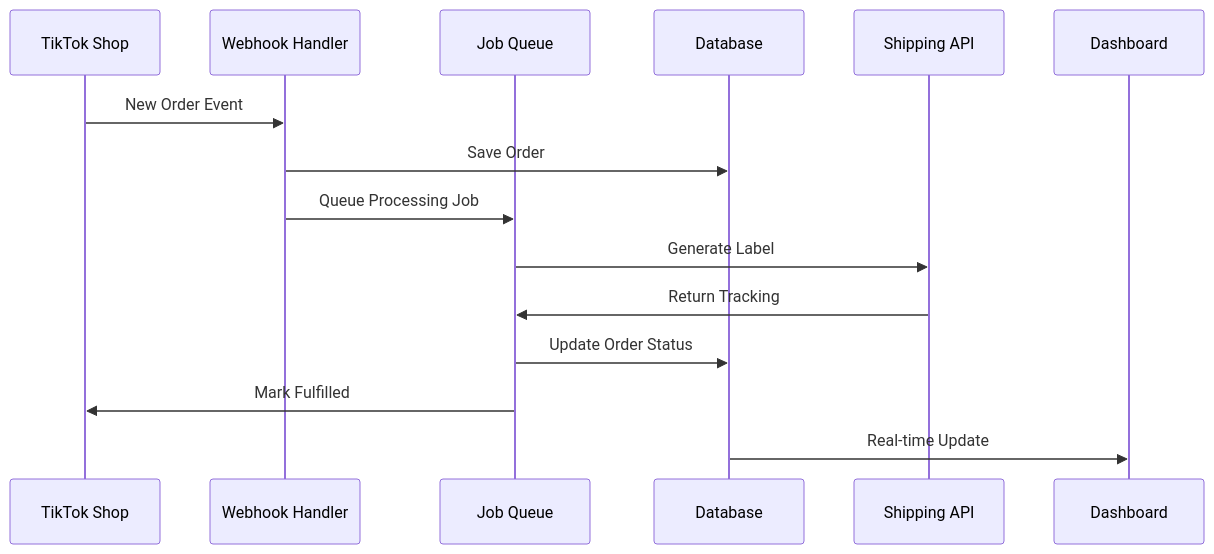
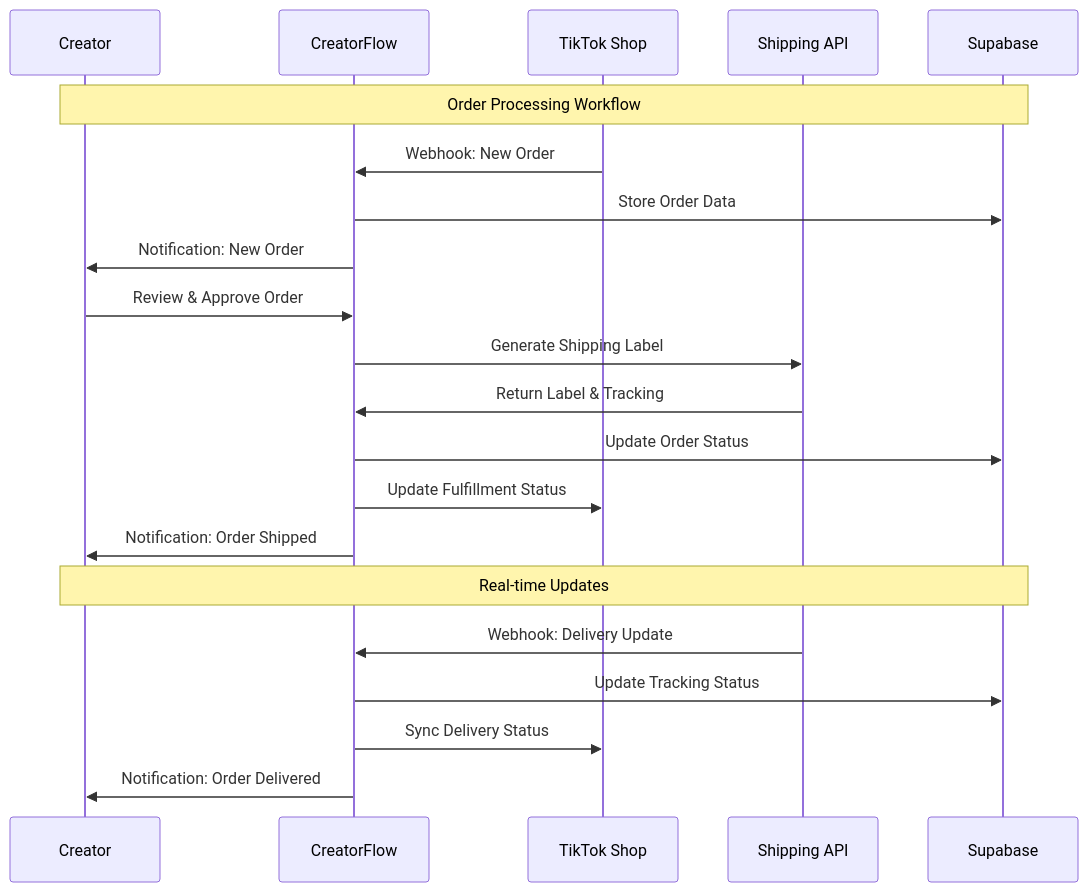
Before and after one commit to ai-rio/creator-flow: the second of 12 diagrams in docs/architecture/README.md, drawn with Mermaid. The commit also changed other lines of this file and 2 other files, not shown here.

First line of the commit message:
docs: update project documentation for premium dashboard initiative

````diff
--- a/docs/architecture/README.md
+++ b/docs/architecture/README.md
@@ -109,18 +116,27 @@
 ```mermaid
 sequenceDiagram
-    participant TikTok as TikTok Shop
-    participant Webhook as Webhook Handler
-    participant Queue as Job Queue
-    participant DB as Database
-    participant Shipping as Shipping API
-    participant User as Dashboard
-
-    TikTok->>Webhook: New Order Event
-    Webhook->>DB: Save Order
-    Webhook->>Queue: Queue Processing Job
-    Queue->>Shipping: Generate Label
-    Shipping->>Queue: Return Tracking
-    Queue->>DB: Update Order Status
-    Queue->>TikTok: Mark Fulfilled
-    DB->>User: Real-time Update
+    participant Creator as Creator
+    participant CF as CreatorFlow
+    participant TS as TikTok Shop
+    participant Ship as Shipping API
+    participant DB as Supabase
+    
+    Note over Creator,DB: Order Processing Workflow
+    
+    TS->>CF: Webhook: New Order
+    CF->>DB: Store Order Data
+    CF->>Creator: Notification: New Order
+    
+    Creator->>CF: Review & Approve Order
+    CF->>Ship: Generate Shipping Label
+    Ship->>CF: Return Label & Tracking
+    CF->>DB: Update Order Status
+    CF->>TS: Update Fulfillment Status
+    CF->>Creator: Notification: Order Shipped
+    
+    Note over Creator,DB: Real-time Updates
+    Ship->>CF: Webhook: Delivery Update
+    CF->>DB: Update Tracking Status
+    CF->>TS: Sync Delivery Status
+    CF->>Creator: Notification: Order Delivered
 ```
````
